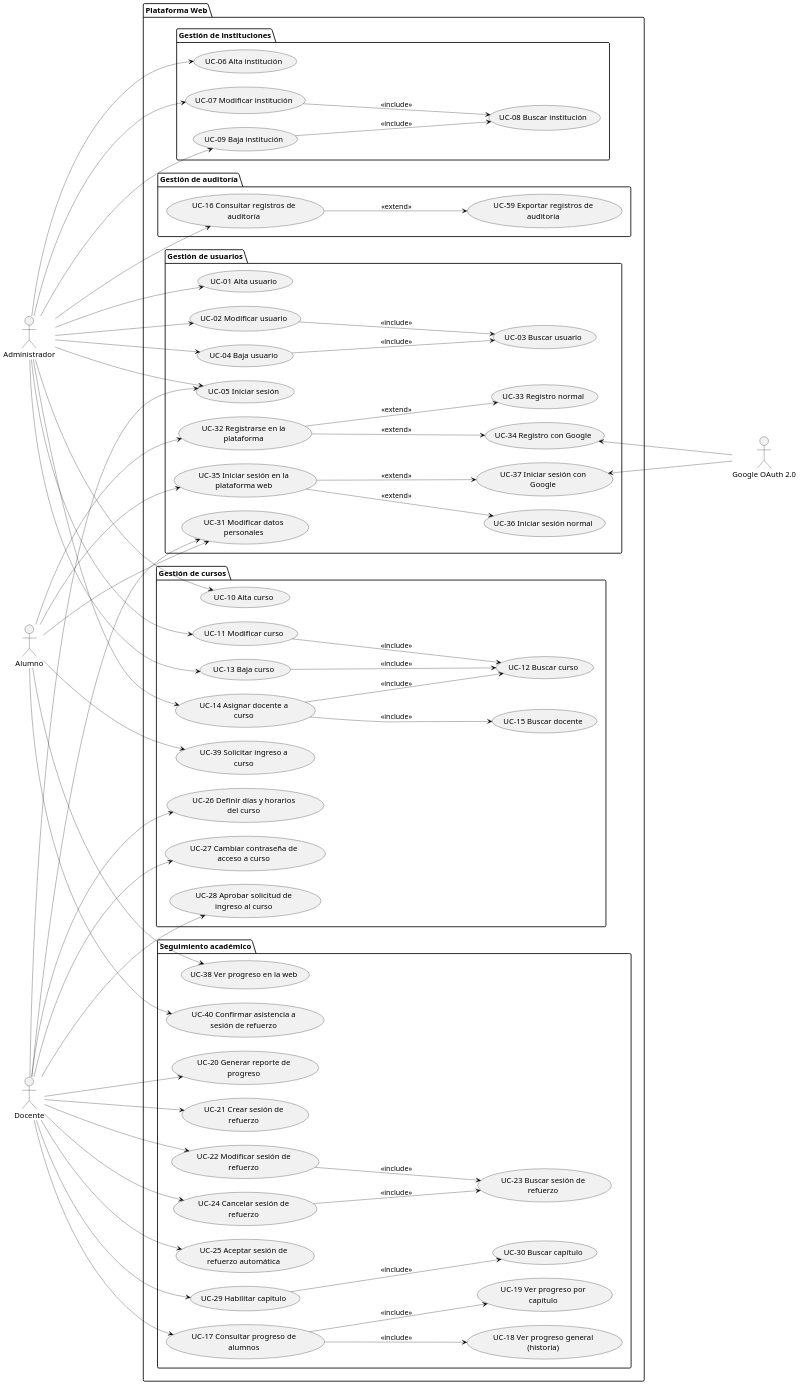
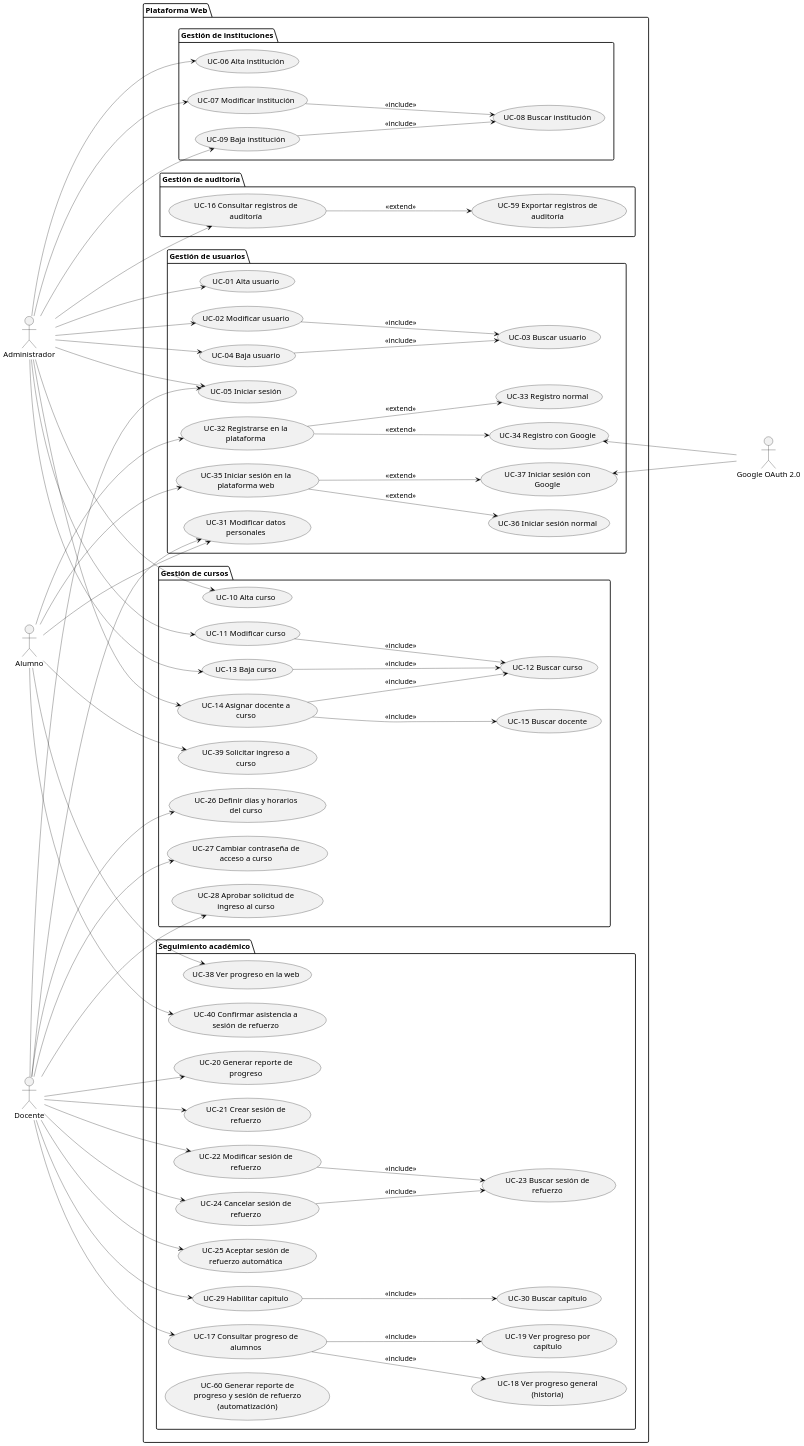
The diagram in docs/requisitos/casos-de-uso/diagramas-casos-de-uso/plataforma-web/dcu-plataforma-web-expandido.puml (francoalbornoz2002/ASC-ProyectoAlgoritmia-TrabajoFinal), drawn with PlantUML before and after one commit. The commit also changed 3 other files, not shown here.

```diff
--- a/docs/requisitos/casos-de-uso/diagramas-casos-de-uso/plataforma-web/dcu-plataforma-web-expandido.puml
+++ b/docs/requisitos/casos-de-uso/diagramas-casos-de-uso/plataforma-web/dcu-plataforma-web-expandido.puml
@@ -1,137 +1,138 @@
 @startuml DCU_PlataformaWebExpandido
 left to right direction
 
 skinparam dpi 150
 skinparam usecasePadding 25
 skinparam actorPadding 80
 skinparam packagePadding 20
 skinparam wrapWidth 200
 
 skinparam nodesep 25
 skinparam ranksep 200
 
 skinparam ArrowThickness 0.5
 skinparam ArrowColor Black
 
 actor Alumno
 actor Administrador
 actor Docente
 actor "Google OAuth 2.0" as GoogleOAuth2
 
 package "Plataforma Web"{
   package "Gestión de instituciones"{
     usecase "UC-06 Alta institución" as UC06
     usecase "UC-07 Modificar institución" as UC07
     usecase "UC-08 Buscar institución" as UC08
     usecase "UC-09 Baja institución" as UC09
   }
 
   package "Gestión de auditoría"{
     usecase "UC-16 Consultar registros de auditoría" as UC16
     usecase "UC-59 Exportar registros de auditoría" as UC59
   }
 
   package "Gestión de usuarios"{
     usecase "UC-01 Alta usuario" as UC01
     usecase "UC-02 Modificar usuario" as UC02
     usecase "UC-03 Buscar usuario" as UC03
     usecase "UC-04 Baja usuario" as UC04
     usecase "UC-05 Iniciar sesión" as UC05
     usecase "UC-32 Registrarse en la plataforma" as UC32
     usecase "UC-33 Registro normal" as UC33
     usecase "UC-34 Registro con Google" as UC34
     usecase "UC-35 Iniciar sesión en la plataforma web" as UC35
     usecase "UC-36 Iniciar sesión normal" as UC36
     usecase "UC-37 Iniciar sesión con Google" as UC37
     usecase "UC-31 Modificar datos personales" as UC31
   }
 
   package "Gestión de cursos"{
     usecase "UC-10 Alta curso" as UC10
     usecase "UC-11 Modificar curso" as UC11
     usecase "UC-12 Buscar curso" as UC12
     usecase "UC-13 Baja curso" as UC13
     usecase "UC-14 Asignar docente a curso" as UC14
     usecase "UC-15 Buscar docente" as UC15
     usecase "UC-26 Definir días y horarios del curso" as UC26
     usecase "UC-27 Cambiar contraseña de acceso a curso" as UC27
     usecase "UC-28 Aprobar solicitud de ingreso al curso" as UC28
     usecase "UC-39 Solicitar ingreso a curso" as UC39
   }
 
 
 
   package "Seguimiento académico"{
     usecase "UC-17 Consultar progreso de alumnos" as UC17
     usecase "UC-18 Ver progreso general (historia)" as UC18
     usecase "UC-19 Ver progreso por capítulo" as UC19
     usecase "UC-20 Generar reporte de progreso" as UC20
     usecase "UC-21 Crear sesión de refuerzo" as UC21
     usecase "UC-22 Modificar sesión de refuerzo" as UC22
     usecase "UC-23 Buscar sesión de refuerzo" as UC23
     usecase "UC-24 Cancelar sesión de refuerzo" as UC24
     usecase "UC-25 Aceptar sesión de refuerzo automática" as UC25
     usecase "UC-29 Habilitar capítulo" as UC29
     usecase "UC-30 Buscar capítulo" as UC30
     usecase "UC-38 Ver progreso en la web" as UC38
     usecase "UC-40 Confirmar asistencia a sesión de refuerzo" as UC40
+    usecase "UC-60 Generar reporte de progreso y sesión de refuerzo (automatización)" as UC60
   }
 
 }
 
 Administrador --> UC01
 Administrador --> UC02
 UC02 --> UC03 : <<include>>
 Administrador --> UC04
 UC04 --> UC03 : <<include>>
 Administrador --> UC05
 Administrador --> UC06
 Administrador --> UC07
 Administrador --> UC09
 UC07 --> UC08 : <<include>>
 UC09 --> UC08 : <<include>>
 Administrador --> UC10
 Administrador --> UC11
 Administrador --> UC13
 UC11 --> UC12 : <<include>>
 UC13 --> UC12 : <<include>>
 Administrador --> UC14
 UC14 --> UC15 : <<include>>
 UC14 --> UC12 : <<include>>
 Administrador --> UC16
 UC16 --> UC59 : <<extend>>
 
 Alumno --> UC31
 Alumno --> UC32
 UC32 --> UC33 : <<extend>>
 UC32 --> UC34 : <<extend>>
 Alumno --> UC35
 UC35 --> UC36 : <<extend>>
 UC35 --> UC37 : <<extend>>
 Alumno --> UC38
 Alumno --> UC39
 Alumno --> UC40
 GoogleOAuth2 -up-> UC34
 GoogleOAuth2 -up-> UC37
 
 
 Docente --> UC05
 Docente --> UC17
 UC17 --> UC18 : <<include>>
 UC17 --> UC19 : <<include>>
 Docente --> UC20
 Docente --> UC21
 Docente --> UC22
 Docente --> UC24
 UC22 --> UC23 : <<include>>
 UC24 --> UC23 : <<include>>
 Docente --> UC25
 Docente --> UC26
 Docente --> UC27
 Docente --> UC28
 Docente --> UC29
 UC29 --> UC30 : <<include>>
 Docente --> UC31
 
 
 @enduml
```
